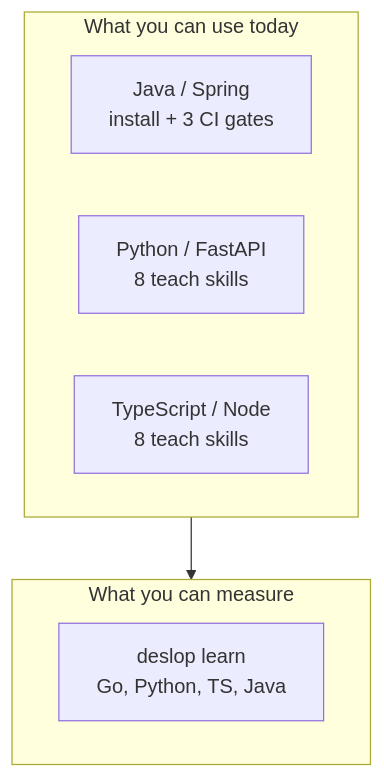
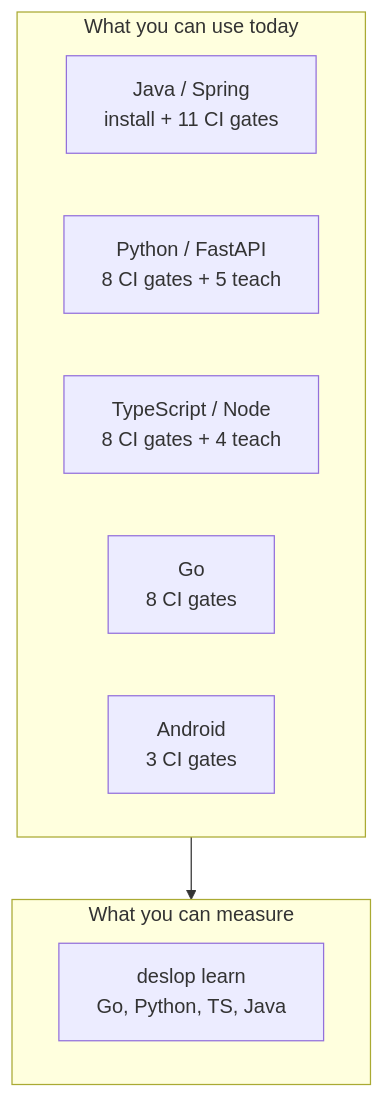
The second of 5 diagrams in README.md (Amaresh/deslop), drawn with Mermaid before and after one commit. The commit also changed other lines of this file and 172 other files, not shown here.

````diff
--- a/README.md
+++ b/README.md
@@ -36,12 +38,14 @@
 ```mermaid
 flowchart TB
   subgraph available [What you can use today]
-    J["Java / Spring<br/>install + 3 CI gates"]
-    P["Python / FastAPI<br/>8 teach skills"]
-    T["TypeScript / Node<br/>8 teach skills"]
+    J["Java / Spring<br/>install + 11 CI gates"]
+    P["Python / FastAPI<br/>8 CI gates + 5 teach"]
+    T["TypeScript / Node<br/>8 CI gates + 4 teach"]
+    G["Go<br/>8 CI gates"]
+    A["Android<br/>3 CI gates"]
   end
   subgraph discover [What you can measure]
     L["deslop learn<br/>Go, Python, TS, Java"]
   end
   available --> discover
 ```
````
